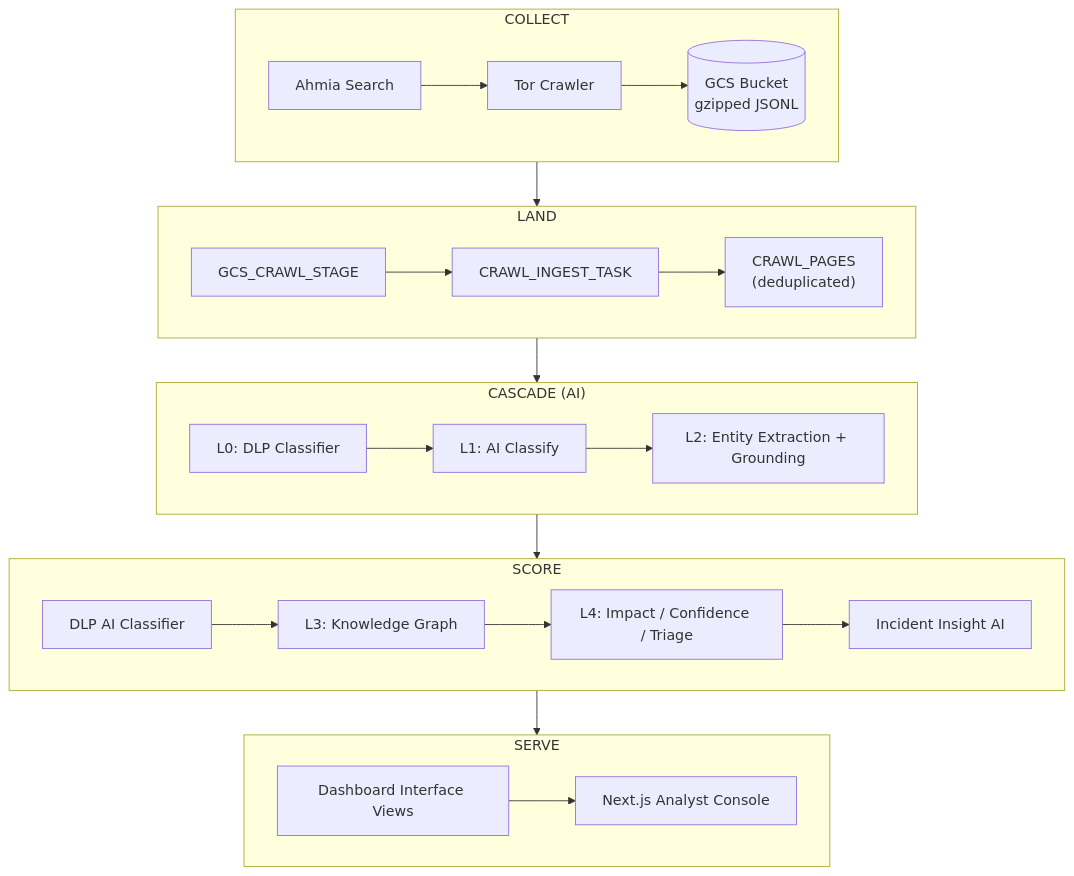
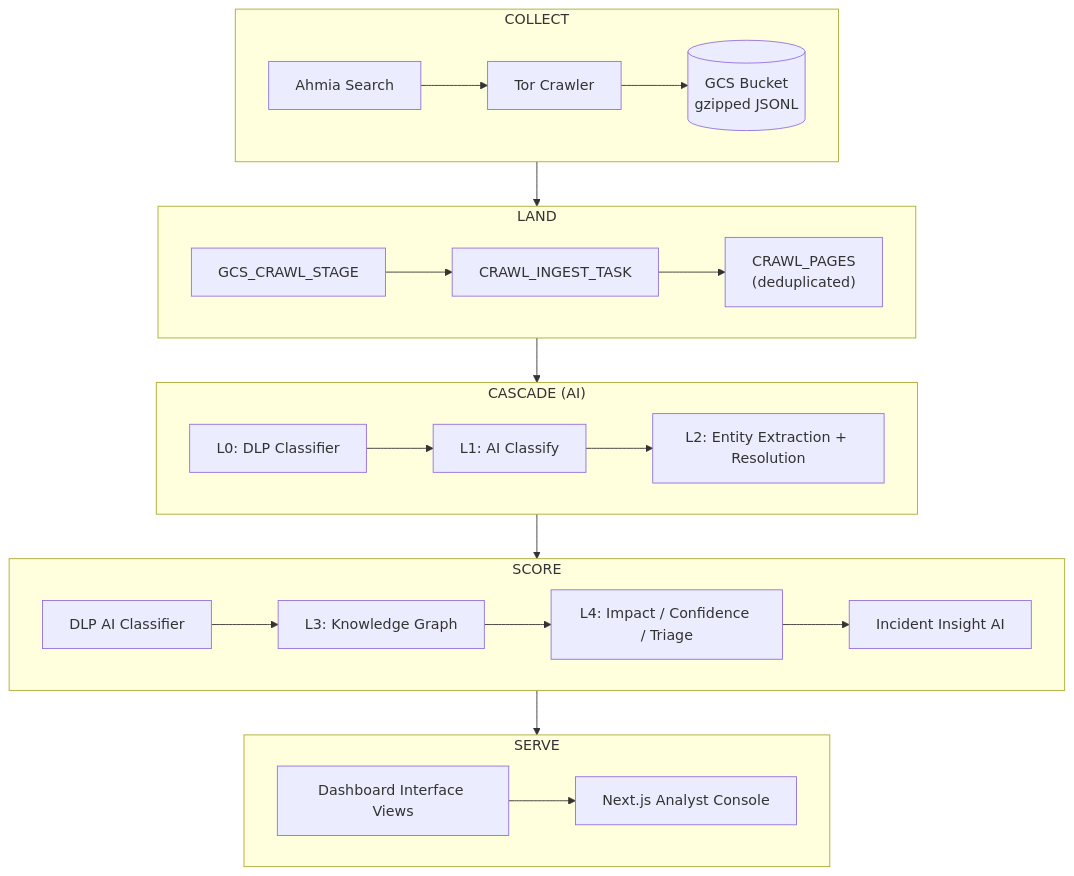
Before and after one commit to Muskankalonia/nocturne: the first of 2 diagrams in README.md, drawn with Mermaid. The commit also changed other lines of this file, not shown here.

First line of the commit message:
Add L3 Knowledge Graph schema diagram to README

````diff
--- a/README.md
+++ b/README.md
@@ -29,34 +29,34 @@
 ```mermaid
 flowchart TB
   subgraph collect ["COLLECT"]
     direction LR
     Ahmia["Ahmia Search"] --> Crawler["Tor Crawler"]
     Crawler --> GCS[("GCS Bucket\ngzipped JSONL")]
   end
 
   subgraph land ["LAND"]
     direction LR
     Stage["GCS_CRAWL_STAGE"] --> Ingest["CRAWL_INGEST_TASK"]
     Ingest --> Raw["CRAWL_PAGES\n(deduplicated)"]
   end
 
   subgraph cascade ["CASCADE (AI)"]
     direction LR
     L0["L0: DLP Classifier"] --> L1["L1: AI Classify"]
-    L1 --> L2["L2: Entity Extraction + Grounding"]
+    L1 --> L2["L2: Entity Extraction + Resolution"]
   end
 
   subgraph score ["SCORE"]
     direction LR
     LeakType["DLP AI Classifier"] --> KG["L3: Knowledge Graph"]
     KG --> L4["L4: Impact / Confidence / Triage"]
     L4 --> Insight["Incident Insight AI"]
   end
 
   subgraph serve ["SERVE"]
     direction LR
     Views["Dashboard Interface Views"] --> Console["Next.js Analyst Console"]
   end
 
   collect --> land --> cascade --> score --> serve
 ```
````
